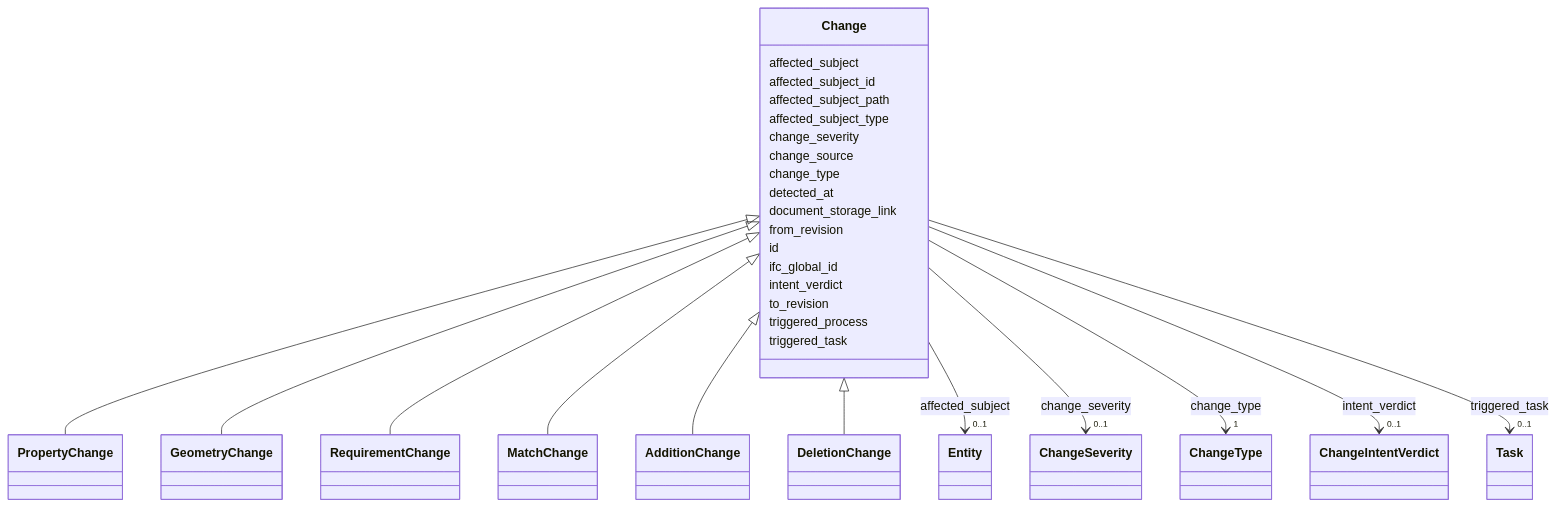
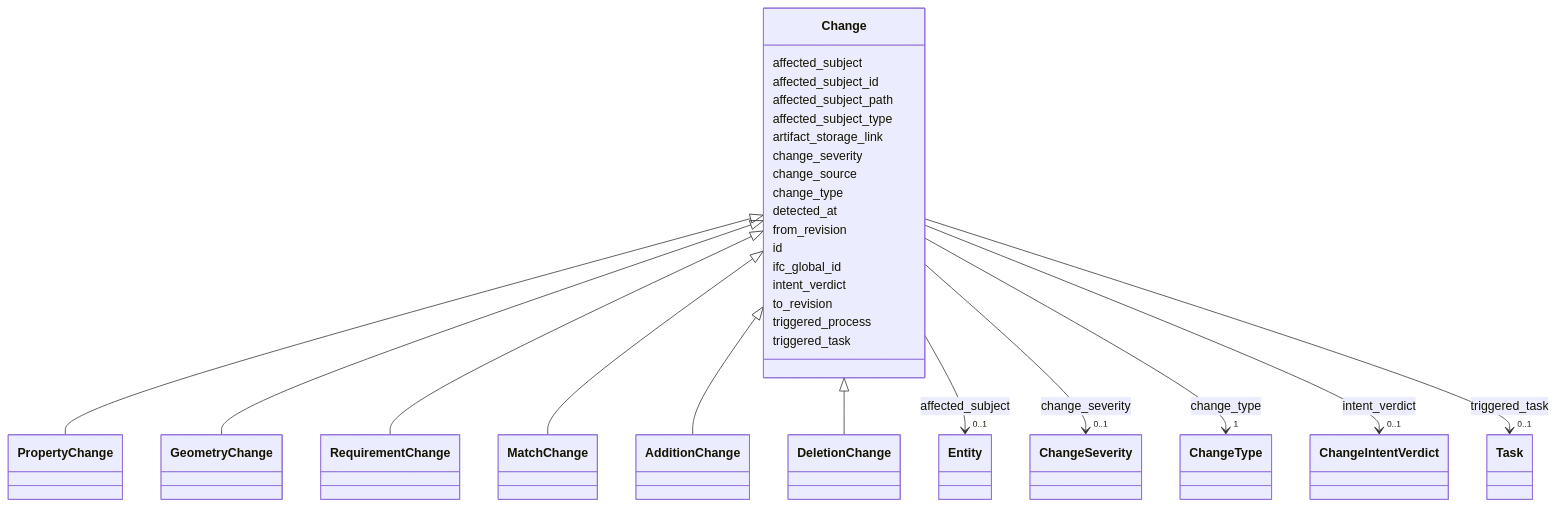
The diagram in site/schema/Change.md (simondilhas/pragmatic-bim-data-contract), drawn with Mermaid before and after one commit. The commit also changed other lines of this file and 510 other files, not shown here.

First line of the commit message:
Update mkdocs configuration, schema files, and documentation for improved clarity and consistency

````diff
--- a/site/schema/Change.md
+++ b/site/schema/Change.md
@@ -27,43 +27,43 @@
 ```mermaid
  classDiagram
     class Change
     click Change href "./Change.html"
       Change <|-- PropertyChange
         click PropertyChange href "./PropertyChange.html"
       Change <|-- GeometryChange
         click GeometryChange href "./GeometryChange.html"
       Change <|-- RequirementChange
         click RequirementChange href "./RequirementChange.html"
       Change <|-- MatchChange
         click MatchChange href "./MatchChange.html"
       Change <|-- AdditionChange
         click AdditionChange href "./AdditionChange.html"
       Change <|-- DeletionChange
         click DeletionChange href "./DeletionChange.html"
       Change : affected_subject
         Change --> "0..1" Entity : affected_subject
         click Entity href "./Entity.html"
       Change : affected_subject_id
       Change : affected_subject_path
       Change : affected_subject_type
+      Change : artifact_storage_link
       Change : change_severity
         Change --> "0..1" ChangeSeverity : change_severity
         click ChangeSeverity href "./ChangeSeverity.html"
       Change : change_source
       Change : change_type
         Change --> "1" ChangeType : change_type
         click ChangeType href "./ChangeType.html"
       Change : detected_at
-      Change : document_storage_link
       Change : from_revision
       Change : id
       Change : ifc_global_id
       Change : intent_verdict
         Change --> "0..1" ChangeIntentVerdict : intent_verdict
         click ChangeIntentVerdict href "./ChangeIntentVerdict.html"
       Change : to_revision
       Change : triggered_process
       Change : triggered_task
         Change --> "0..1" Task : triggered_task
         click Task href "./Task.html"
 ```
````
